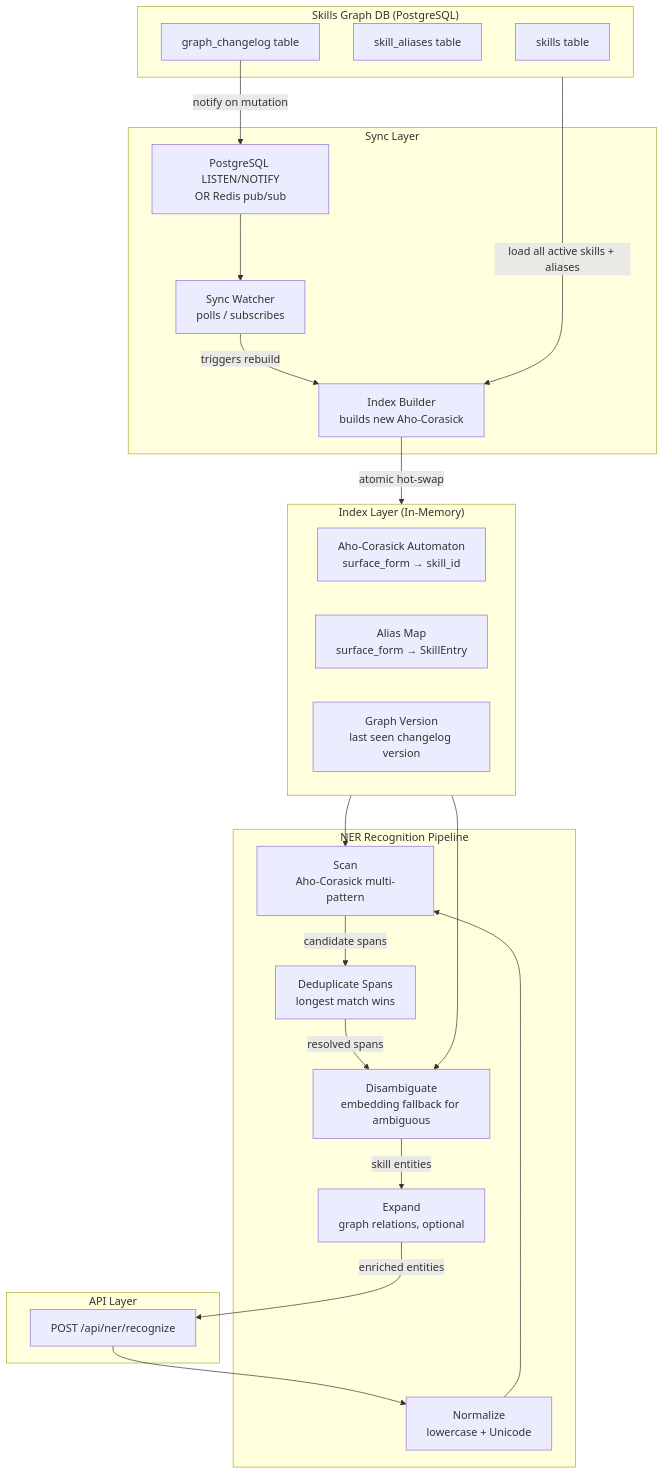
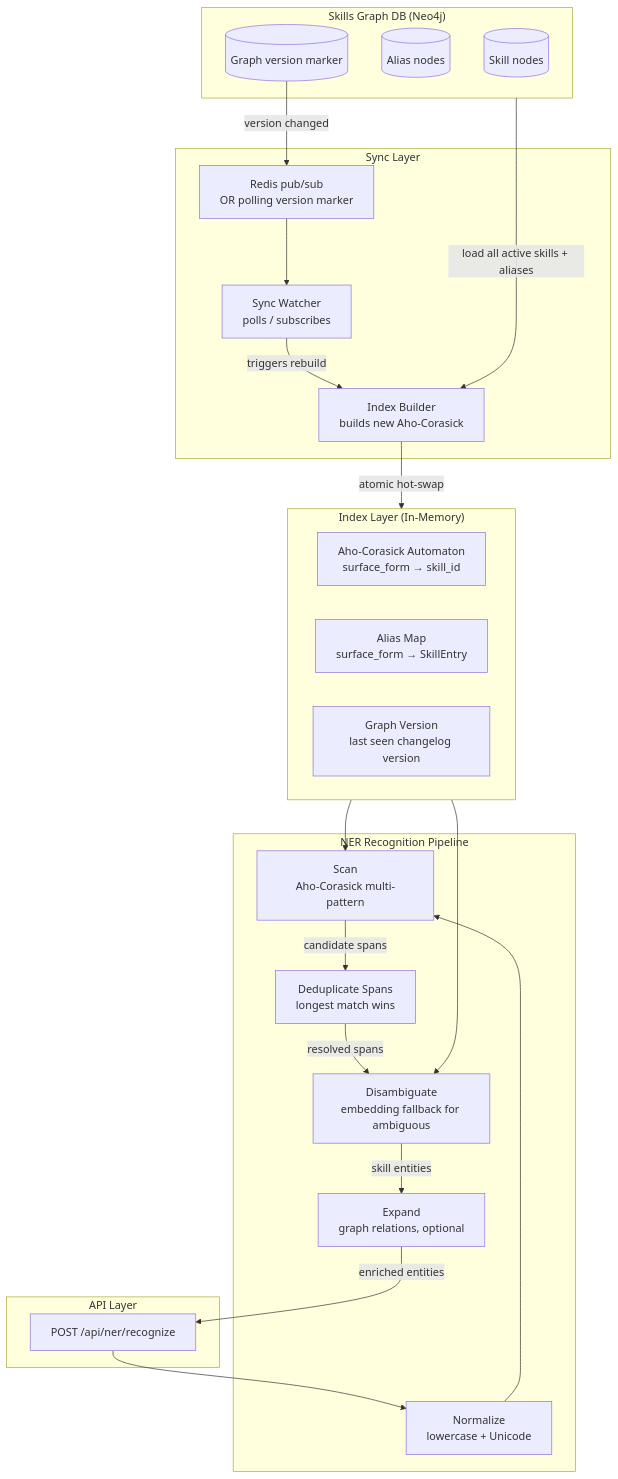
The first of 2 diagrams in ner/OVERVIEW.md (duwscan/skills-graph), drawn with Mermaid before and after one commit. The commit also changed other lines of this file, not shown here.

Commit message:
docs: align NER overview with Neo4j-only backend

````diff
--- a/ner/OVERVIEW.md
+++ b/ner/OVERVIEW.md
@@ -60,48 +60,48 @@
 ```mermaid
 graph TD
-    subgraph SkillsGraph["Skills Graph DB (PostgreSQL)"]
-        SK[skills table]
-        AL[skill_aliases table]
-        CL[graph_changelog table]
+    subgraph SkillsGraph["Skills Graph DB (Neo4j)"]
+        SK[(Skill nodes)]
+        AL[(Alias nodes)]
+        CL[(Graph version marker)]
     end
 
     subgraph SyncLayer["Sync Layer"]
-        PG[PostgreSQL LISTEN/NOTIFY<br/>OR Redis pub/sub]
+        PG[Redis pub/sub<br/>OR polling version marker]
         SW[Sync Watcher<br/>polls / subscribes]
         IB[Index Builder<br/>builds new Aho-Corasick]
     end
 
     subgraph IndexLayer["Index Layer (In-Memory)"]
         AC[Aho-Corasick Automaton<br/>surface_form → skill_id]
         AM[Alias Map<br/>surface_form → SkillEntry]
         GV[Graph Version<br/>last seen changelog version]
     end
 
     subgraph NerPipeline["NER Recognition Pipeline"]
         NM[Normalize<br/>lowercase + Unicode]
         SC[Scan<br/>Aho-Corasick multi-pattern]
         DD[Deduplicate Spans<br/>longest match wins]
         DS[Disambiguate<br/>embedding fallback for ambiguous]
         EX[Expand<br/>graph relations, optional]
     end
 
     subgraph API["API Layer"]
         EP["POST /api/ner/recognize"]
     end
 
     SkillsGraph -->|load all active skills + aliases| IB
-    CL -->|notify on mutation| PG
+    CL -->|version changed| PG
     PG --> SW
     SW -->|triggers rebuild| IB
     IB -->|atomic hot-swap| IndexLayer
 
     EP --> NM
     NM --> SC
     SC -->|candidate spans| DD
     DD -->|resolved spans| DS
     DS -->|skill entities| EX
     EX -->|enriched entities| EP
 
     IndexLayer --> SC
     IndexLayer --> DS
 ```
````
